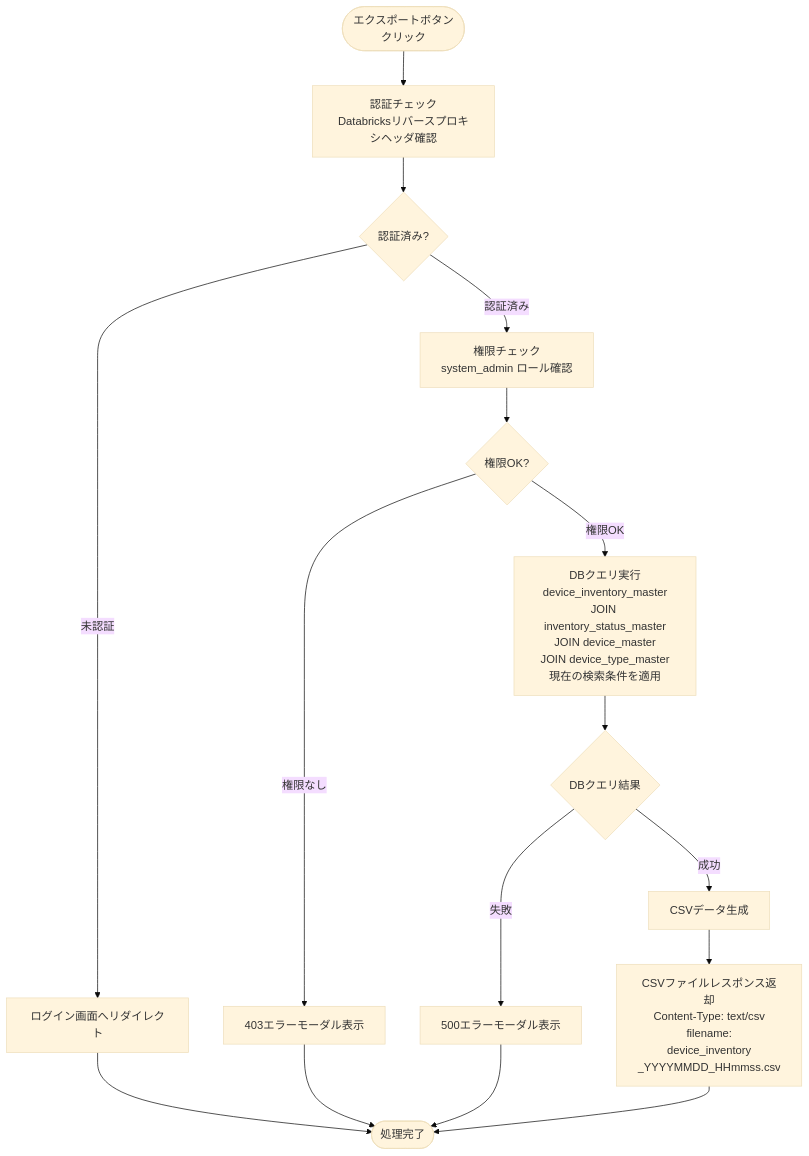
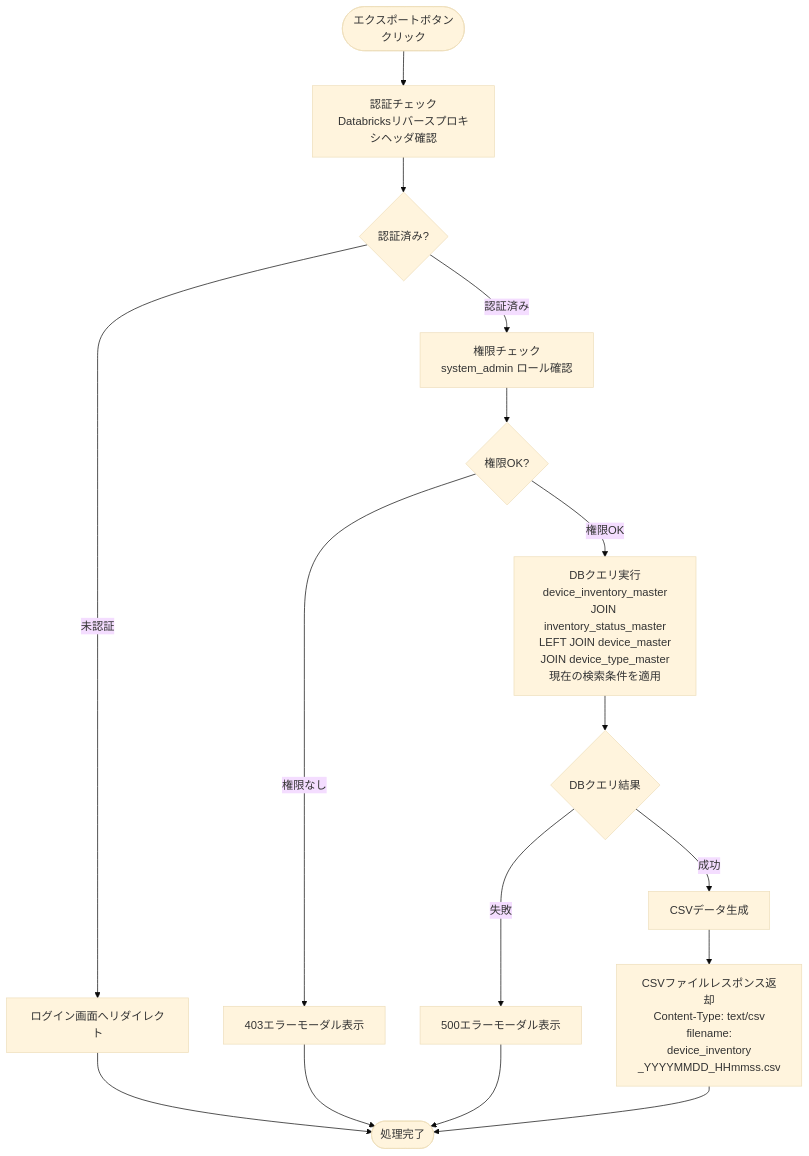
The ninth of 9 diagrams in docs/03-features/flask-app/device-inventory/workflow-specification.md (NSW-SVCP-AIWG002/Databricks-IoT), drawn with Mermaid (base theme) before and after one commit. The commit also changed other lines of this file and 4 other files, not shown here.

````diff
--- a/docs/03-features/flask-app/device-inventory/workflow-specification.md
+++ b/docs/03-features/flask-app/device-inventory/workflow-specification.md
@@ -1462,22 +1409,22 @@
 ```mermaid
 flowchart TD
     Start([エクスポートボタン<br>クリック]) --> Auth[認証チェック<br>Databricksリバースプロキシヘッダ確認]
     Auth --> CheckAuth{認証済み?}
     CheckAuth -->|未認証| Error401[ログイン画面へリダイレクト]
     Error401 --> End([処理完了])
 
     CheckAuth -->|認証済み| Permission[権限チェック<br>system_admin ロール確認]
     Permission --> CheckPerm{権限OK?}
     CheckPerm -->|権限なし| Error403[403エラーモーダル表示]
     Error403 --> End
 
-    CheckPerm -->|権限OK| GetParams[DBクエリ実行<br>device_inventory_master<br>JOIN inventory_status_master<br>JOIN device_master<br>JOIN device_type_master<br>現在の検索条件を適用]
+    CheckPerm -->|権限OK| GetParams[DBクエリ実行<br>device_inventory_master<br>JOIN inventory_status_master<br>LEFT JOIN device_master<br>JOIN device_type_master<br>現在の検索条件を適用]
     GetParams --> CheckDB{DBクエリ結果}
 
     CheckDB -->|失敗| Error500[500エラーモーダル表示]
     Error500 --> End
 
     CheckDB -->|成功| Generate[CSVデータ生成]
     Generate --> Response[CSVファイルレスポンス返却<br>Content-Type: text/csv<br>filename:<br>device_inventory<br>_YYYYMMDD_HHmmss.csv]
     Response --> End
 ```
````
